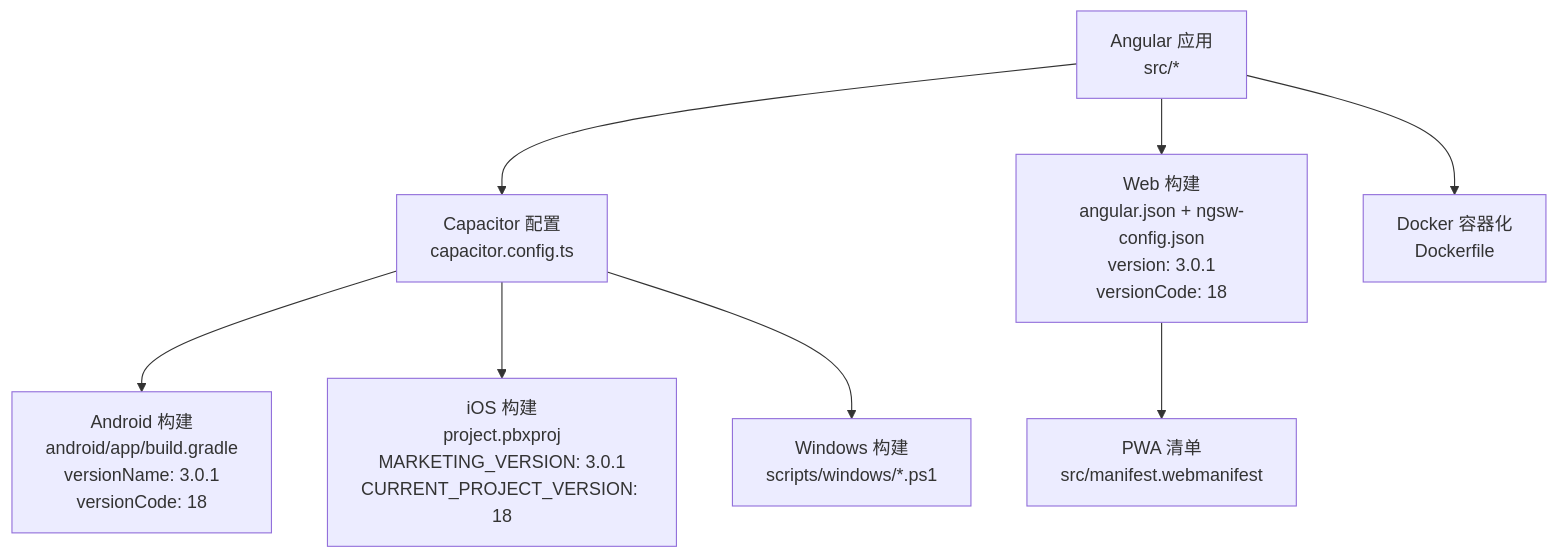
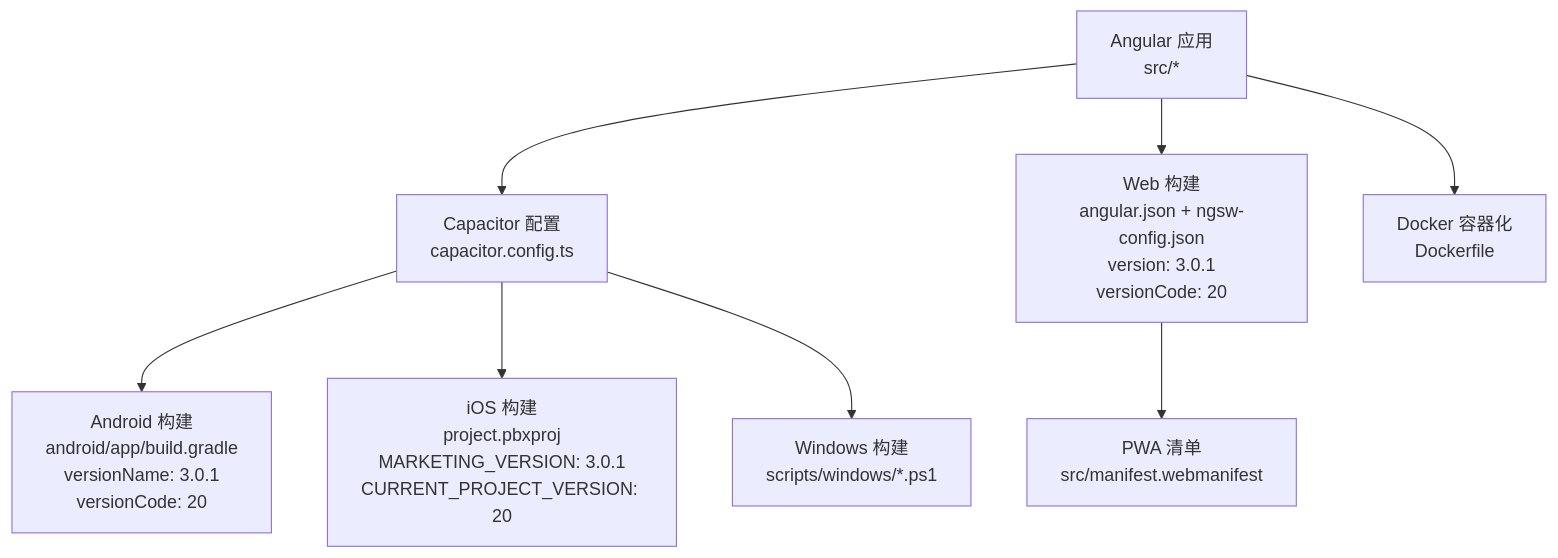
Before and after one commit to tea4go/Macro-Deck-Client-App: the first of 9 diagrams in .qoder/repowiki/zh/content/构建与部署/平台部署/平台部署.md, drawn with Mermaid. The commit also changed other lines of this file and 55 other files, not shown here.

````diff
--- a/.qoder/repowiki/zh/content/构建与部署/平台部署/平台部署.md
+++ b/.qoder/repowiki/zh/content/构建与部署/平台部署/平台部署.md
@@ -48,10 +48,10 @@
 ```mermaid
 graph TB
 A["Angular 应用<br/>src/*"] --> B["Capacitor 配置<br/>capacitor.config.ts"]
-B --> C["Android 构建<br/>android/app/build.gradle<br/>versionName: 3.0.1<br/>versionCode: 18"]
-B --> D["iOS 构建<br/>project.pbxproj<br/>MARKETING_VERSION: 3.0.1<br/>CURRENT_PROJECT_VERSION: 18"]
+B --> C["Android 构建<br/>android/app/build.gradle<br/>versionName: 3.0.1<br/>versionCode: 20"]
+B --> D["iOS 构建<br/>project.pbxproj<br/>MARKETING_VERSION: 3.0.1<br/>CURRENT_PROJECT_VERSION: 20"]
 B --> W["Windows 构建<br/>scripts/windows/*.ps1"]
-A --> E["Web 构建<br/>angular.json + ngsw-config.json<br/>version: 3.0.1<br/>versionCode: 18"]
+A --> E["Web 构建<br/>angular.json + ngsw-config.json<br/>version: 3.0.1<br/>versionCode: 20"]
 E --> F["PWA 清单<br/>src/manifest.webmanifest"]
 A --> G["Docker 容器化<br/>Dockerfile"]
 ```
````
